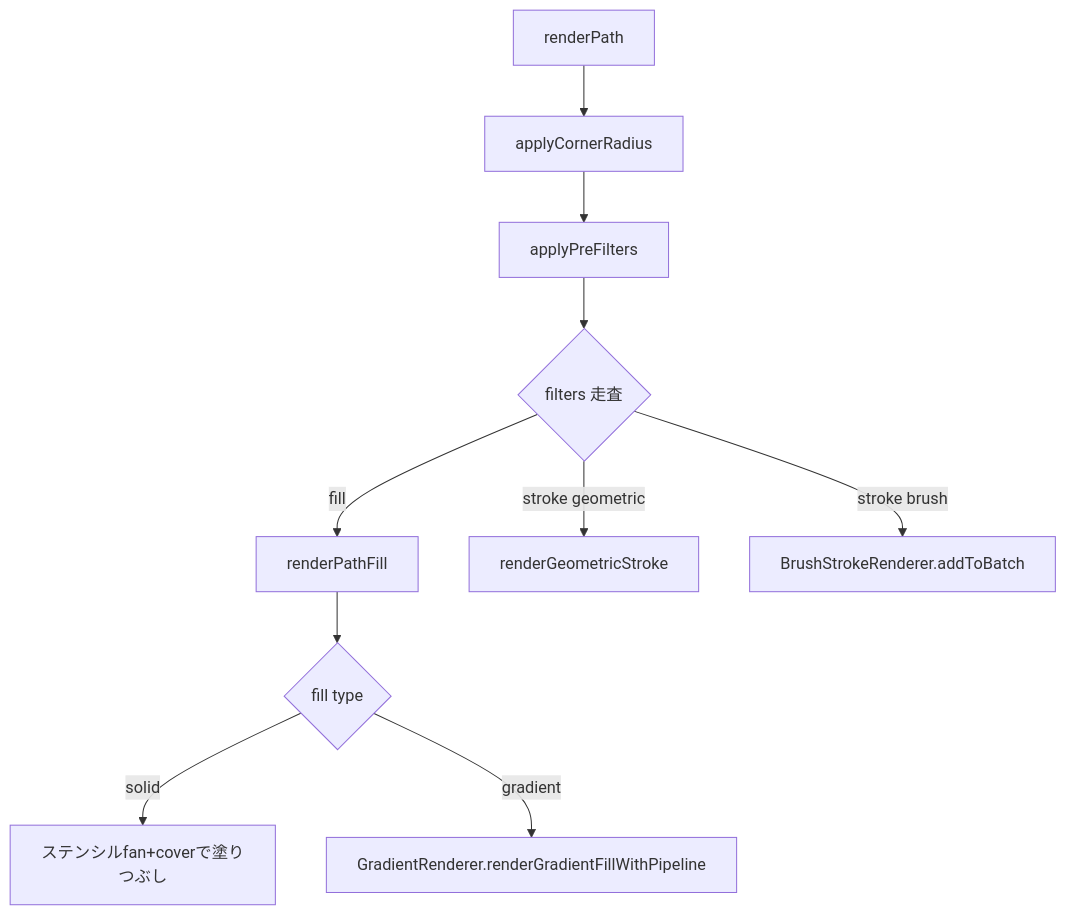
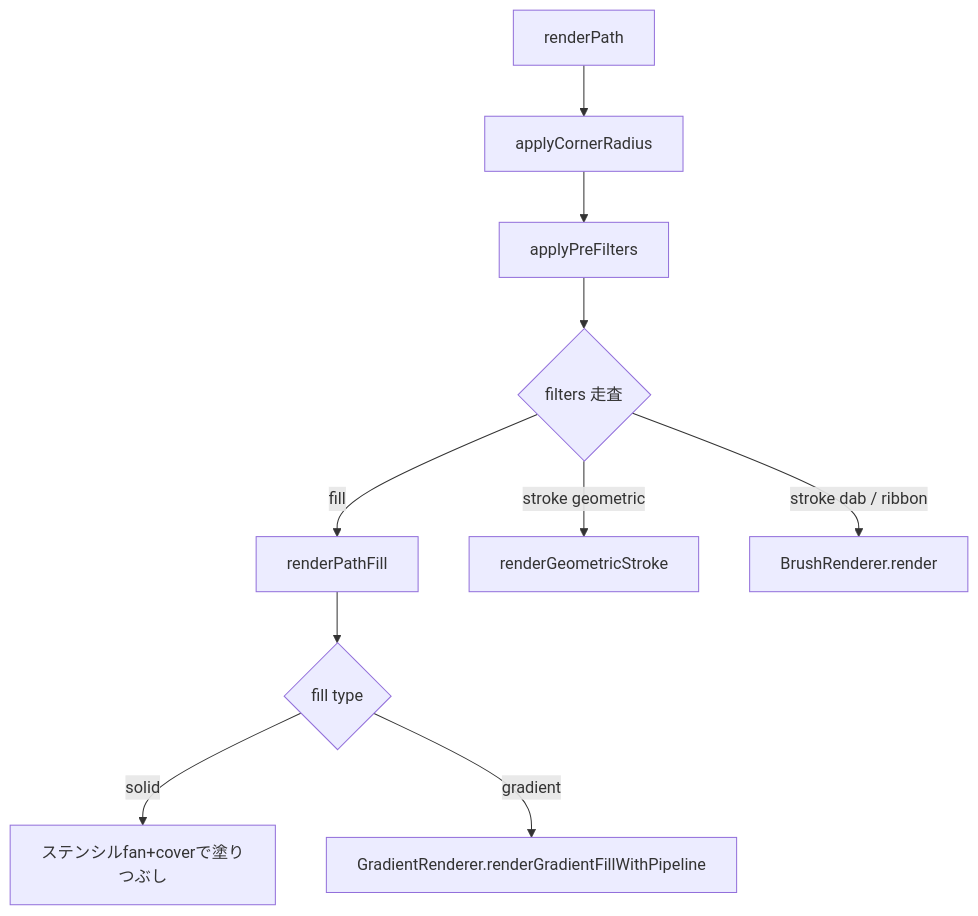
One commit to hanakla/paplico changed the first of 2 diagrams in pkgs/web/src/app/devdocs/renderer/elements/page.mdx. Above: the diagram before and after it, drawn with Mermaid. The commit also changed other lines of this file and 57 other files, not shown here.

First line of the commit message:
refactor(brush): split StrokeBatchContext into dab / ribbon / wet renderers (#777)

````diff
--- a/pkgs/web/src/app/devdocs/renderer/elements/page.mdx
+++ b/pkgs/web/src/app/devdocs/renderer/elements/page.mdx
@@ -48,12 +48,12 @@
 ```mermaid
 flowchart TD
     A[renderPath] --> B[applyCornerRadius]
     B --> C[applyPreFilters]
     C --> D{filters 走査}
     D -->|fill| E[renderPathFill]
     D -->|stroke geometric| F[renderGeometricStroke]
-    D -->|stroke brush| G["BrushStrokeRenderer.addToBatch"]
+    D -->|stroke dab / ribbon| G["BrushRenderer.render"]
     E --> E1{fill type}
     E1 -->|solid| E2[ステンシルfan+coverで塗りつぶし]
     E1 -->|gradient| E3["GradientRenderer.renderGradientFillWithPipeline"]
 ```
````
